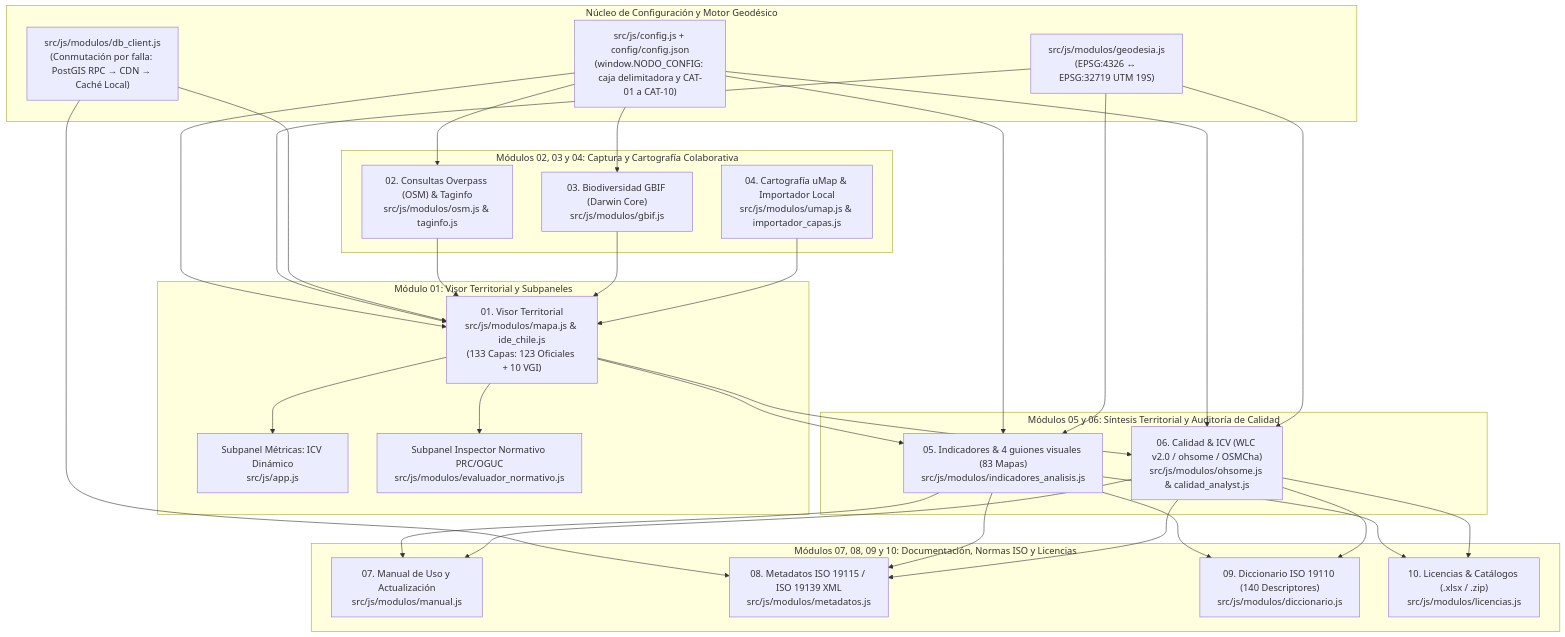
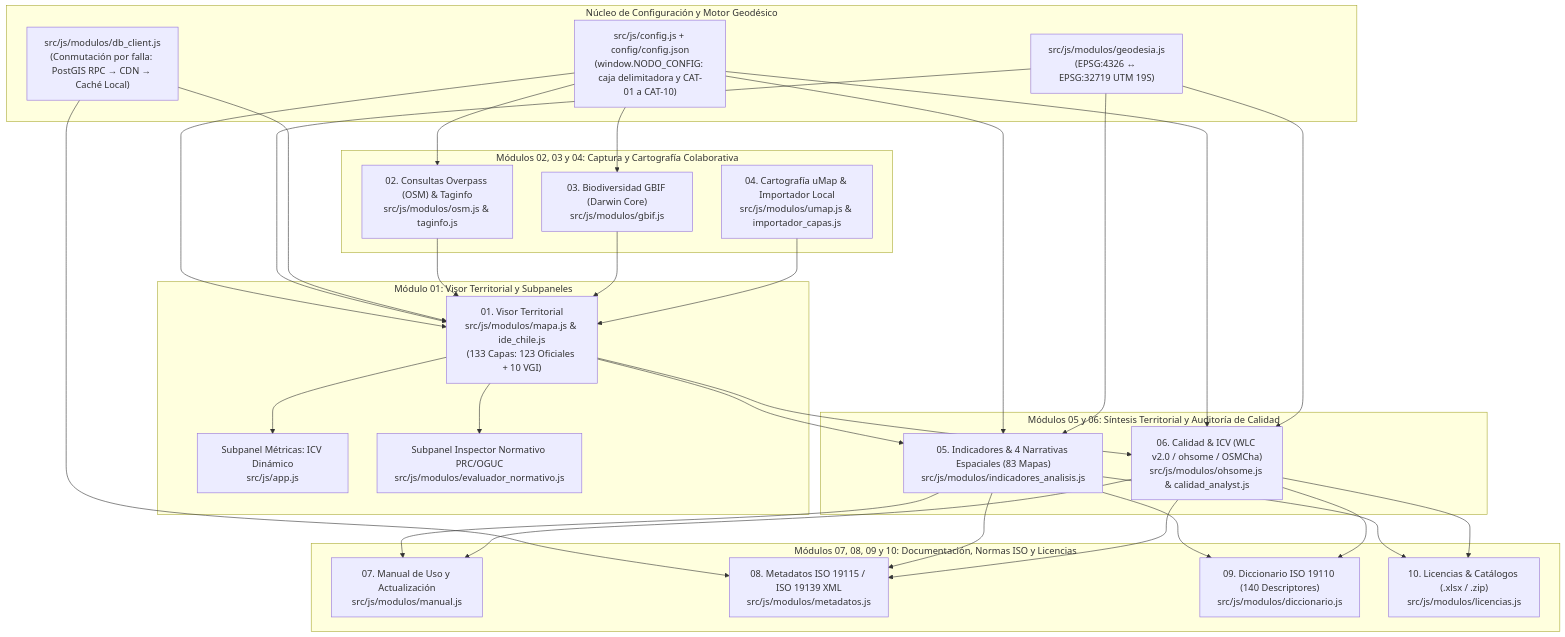
One commit to GEOJOTA/atlas-vgi-barrio-brasil changed the second of 2 diagrams in README.md. Above: the diagram before and after it, drawn with Mermaid. The commit also changed other lines of this file and 13 other files, not shown here.

Commit message:
feat: implementar Prototipo 02 - Atlas para la Gestión Territorial con arquitectura de 3 módulos, narrativas espaciales prioritarias y manual interactivo

````diff
--- a/README.md
+++ b/README.md
@@ -79,40 +81,40 @@
 ```mermaid
 flowchart TD
     subgraph NUCLEO["Núcleo de Configuración y Motor Geodésico"]
         CFG["src/js/config.js + config/config.json<br/>(window.NODO_CONFIG: caja delimitadora y CAT-01 a CAT-10)"]
         GEO["src/js/modulos/geodesia.js<br/>(EPSG:4326 ↔ EPSG:32719 UTM 19S)"]
         DB["src/js/modulos/db_client.js<br/>(Conmutación por falla: PostGIS RPC → CDN → Caché Local)"]
     end
 
     subgraph VISOR["Módulo 01: Visor Territorial y Subpaneles"]
         M01["01. Visor Territorial<br/>src/js/modulos/mapa.js & ide_chile.js<br/>(133 Capas: 123 Oficiales + 10 VGI)"]
         ICV["Subpanel Métricas: ICV Dinámico<br/>src/js/app.js"]
         CIN["Subpanel Inspector Normativo PRC/OGUC<br/>src/js/modulos/evaluador_normativo.js"]
     end
 
     subgraph INGESTA["Módulos 02, 03 y 04: Captura y Cartografía Colaborativa"]
         M02["02. Consultas Overpass (OSM) & Taginfo<br/>src/js/modulos/osm.js & taginfo.js"]
         M03["03. Biodiversidad GBIF (Darwin Core)<br/>src/js/modulos/gbif.js"]
         M04["04. Cartografía uMap & Importador Local<br/>src/js/modulos/umap.js & importador_capas.js"]
     end
 
     subgraph ANALISIS["Módulos 05 y 06: Síntesis Territorial y Auditoría de Calidad"]
-        M05["05. Indicadores & 4 guiones visuales (83 Mapas)<br/>src/js/modulos/indicadores_analisis.js"]
+        M05["05. Indicadores & 4 Narrativas Espaciales (83 Mapas)<br/>src/js/modulos/indicadores_analisis.js"]
         M06["06. Calidad & ICV (WLC v2.0 / ohsome / OSMCha)<br/>src/js/modulos/ohsome.js & calidad_analyst.js"]
     end
 
     subgraph GOBERNANZA["Módulos 07, 08, 09 y 10: Documentación, Normas ISO y Licencias"]
         M07["07. Manual de Uso y Actualización<br/>src/js/modulos/manual.js"]
         M08["08. Metadatos ISO 19115 / ISO 19139 XML<br/>src/js/modulos/metadatos.js"]
         M09["09. Diccionario ISO 19110 (140 Descriptores)<br/>src/js/modulos/diccionario.js"]
         M10["10. Licencias & Catálogos (.xlsx / .zip)<br/>src/js/modulos/licencias.js"]
     end
 
     CFG --> M01 & M02 & M03 & M05 & M06
     GEO --> M01 & M05 & M06
     DB --> M01 & M08
     M01 --> ICV & CIN
     M02 & M03 & M04 --> M01
     M01 --> M05 & M06
     M05 & M06 --> M07 & M08 & M09 & M10
 ```
````
